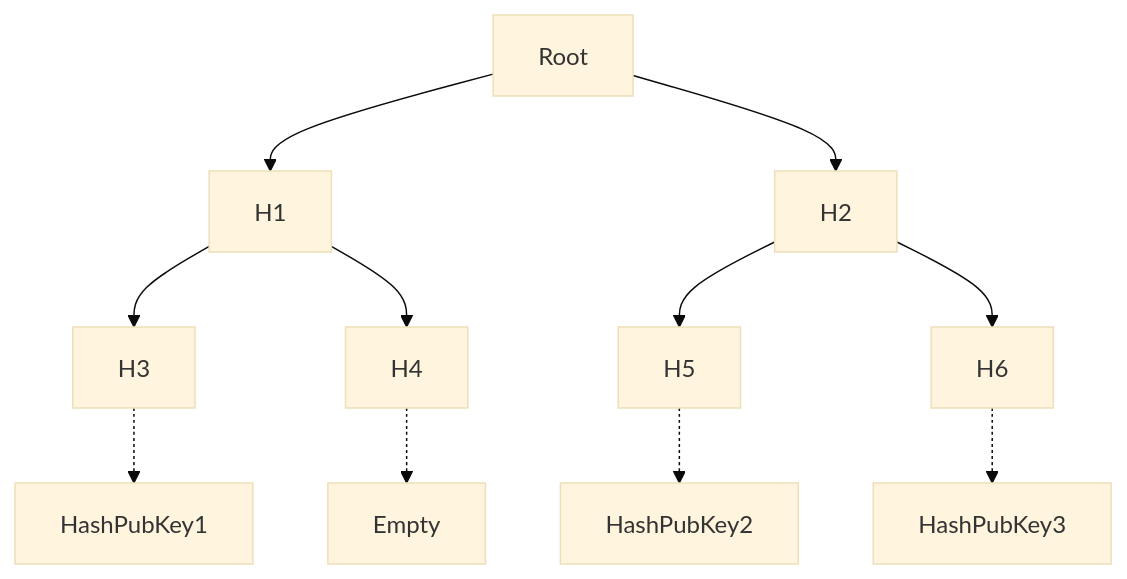
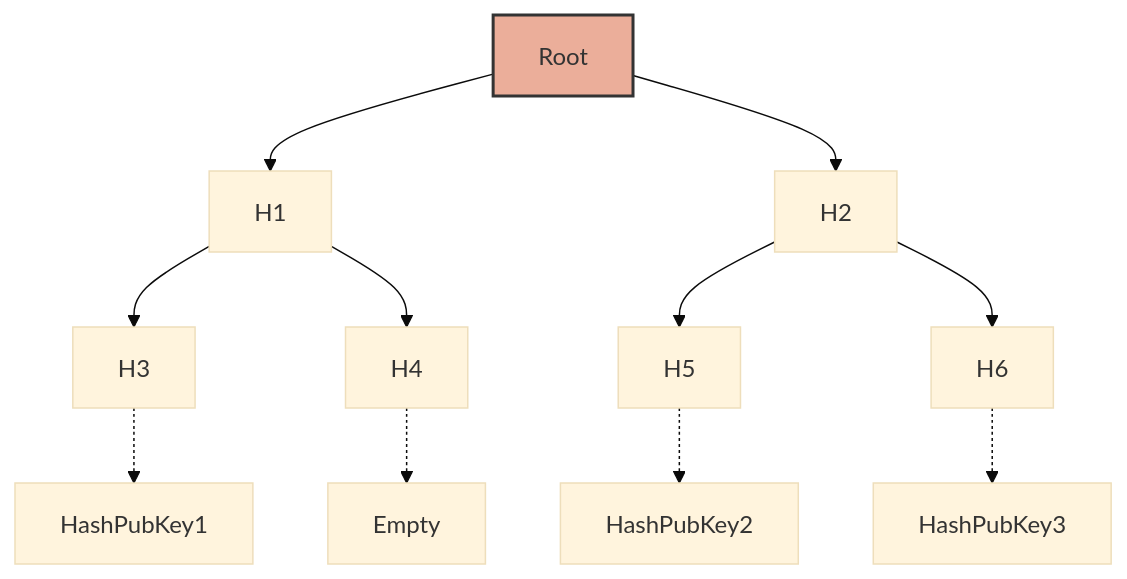
One commit to vocdoni/docs changed the first of 2 diagrams in src/architecture/census-overview.md. Above: the diagram before and after it, drawn with Mermaid (base theme). The commit also changed other lines of this file and 4 other files, not shown here.

````diff
--- a/src/architecture/census-overview.md
+++ b/src/architecture/census-overview.md
@@ -5,14 +5,15 @@
 ```mermaid
 graph TD;
+style Root fill:#EBAE9A,stroke:#333,stroke-width:2px
 
 Root-->H1
 Root-->H2
 H1-->H3
 H1-->H4
 H2-->H5
 H2-->H6
 H3-.->HashPubKey1
 H4-.->Empty
 H5-.->HashPubKey2
 H6-.->HashPubKey3
 ```
````
